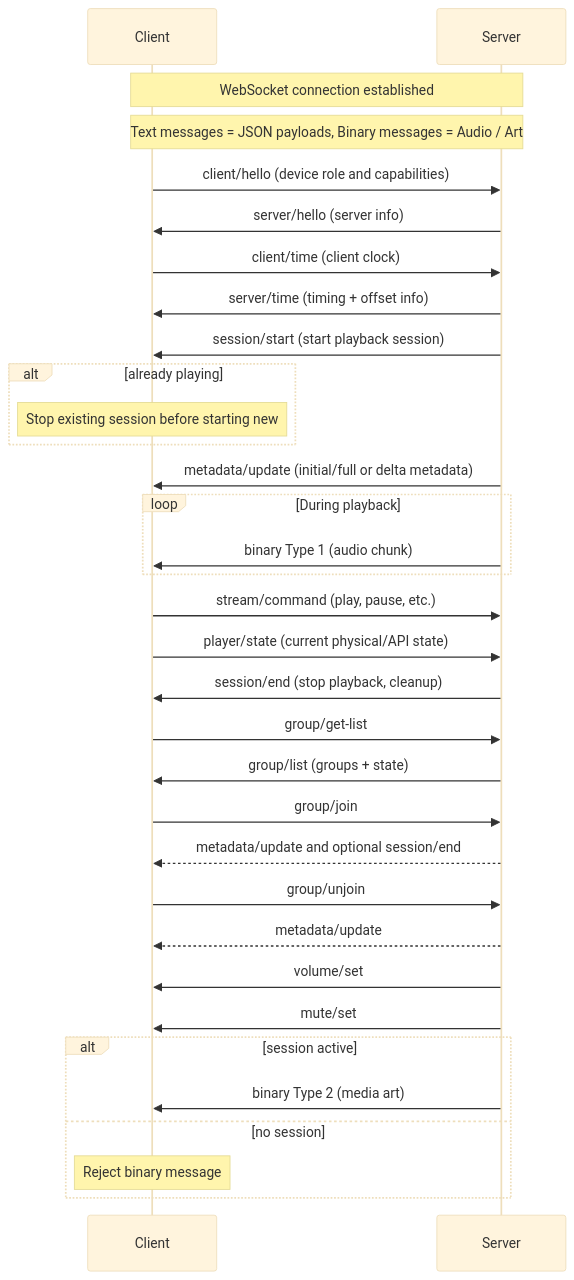
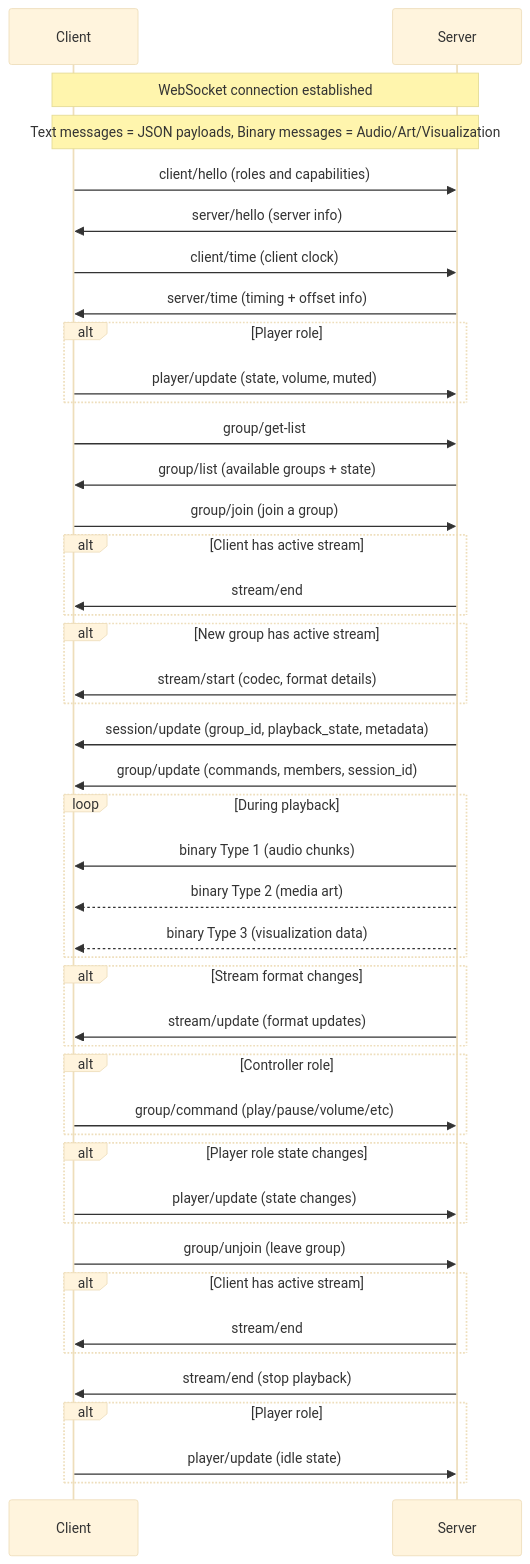
One commit to Resonate-Protocol/spec changed the diagram in README.md. Above: the diagram before and after it, drawn with Mermaid (base theme). The commit also changed other lines of this file, not shown here.

Commit message:
update mermaid diagram

````diff
--- a/README.md
+++ b/README.md
@@ -44,48 +44,61 @@
 ```mermaid
 sequenceDiagram
     participant Client
     participant Server
 
     Note over Client,Server: WebSocket connection established
 
-    Note over Client,Server: Text messages = JSON payloads, Binary messages = Audio / Art
+    Note over Client,Server: Text messages = JSON payloads, Binary messages = Audio/Art/Visualization
 
-    Client->>Server: client/hello (device role and capabilities)
+    Client->>Server: client/hello (roles and capabilities)
     Server->>Client: server/hello (server info)
 
     Client->>Server: client/time (client clock)
     Server->>Client: server/time (timing + offset info)
 
-    Server->>Client: session/start (start playback session)
-    alt already playing
-        Note over Client: Stop existing session before starting new
+    alt Player role
+        Client->>Server: player/update (state, volume, muted)
     end
 
-    Server->>Client: metadata/update (initial/full or delta metadata)
-    loop During playback
-        Server->>Client: binary Type 1 (audio chunk)
+    Client->>Server: group/get-list
+    Server->>Client: group/list (available groups + state)
+
+    Client->>Server: group/join (join a group)
+    alt Client has active stream
+        Server->>Client: stream/end
+    end
+    alt New group has active stream
+        Server->>Client: stream/start (codec, format details)
     end
 
-    Client->>Server: stream/command (play, pause, etc.)
-    Client->>Server: player/state (current physical/API state)
+    Server->>Client: session/update (group_id, playback_state, metadata)
+    Server->>Client: group/update (commands, members, session_id)
 
-    Server->>Client: session/end (stop playback, cleanup)
+    loop During playback
+        Server->>Client: binary Type 1 (audio chunks)
+        Server-->>Client: binary Type 2 (media art)
+        Server-->>Client: binary Type 3 (visualization data)
+    end
 
-    Client->>Server: group/get-list
-    Server->>Client: group/list (groups + state)
+    alt Stream format changes
+        Server->>Client: stream/update (format updates)
+    end
 
-    Client->>Server: group/join
-    Server-->>Client: metadata/update and optional session/end
+    alt Controller role
+        Client->>Server: group/command (play/pause/volume/etc)
+    end
 
-    Client->>Server: group/unjoin
-    Server-->>Client: metadata/update
+    alt Player role state changes
+        Client->>Server: player/update (state changes)
+    end
 
-    Server->>Client: volume/set
-    Server->>Client: mute/set
+    Client->>Server: group/unjoin (leave group)
+    alt Client has active stream
+        Server->>Client: stream/end
+    end
 
-    alt session active
-        Server->>Client: binary Type 2 (media art)
-    else no session
-        Note over Client: Reject binary message
+    Server->>Client: stream/end (stop playback)
+    alt Player role
+        Client->>Server: player/update (idle state)
     end
 ```
````
